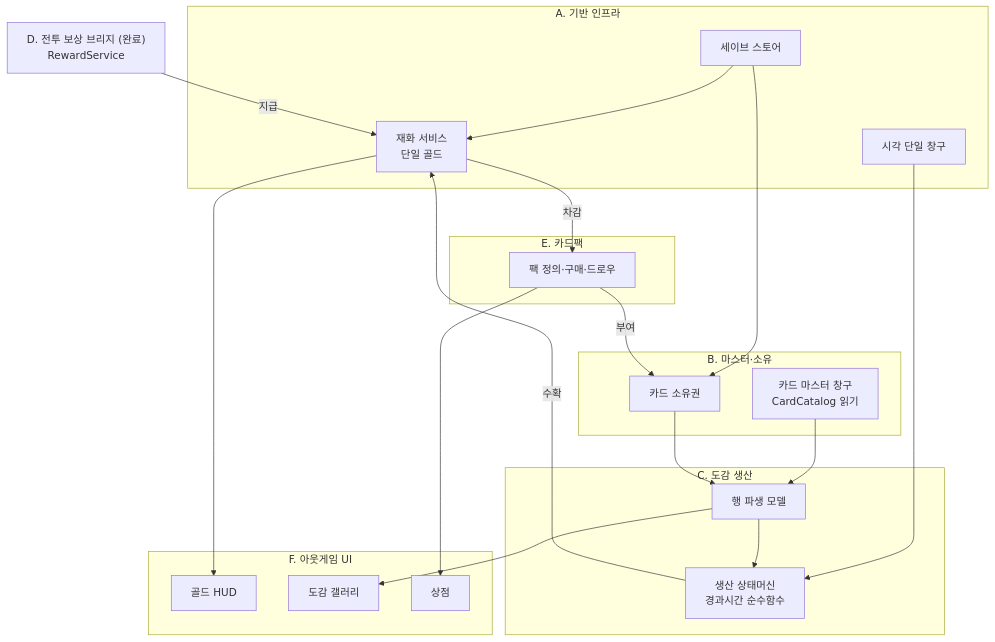
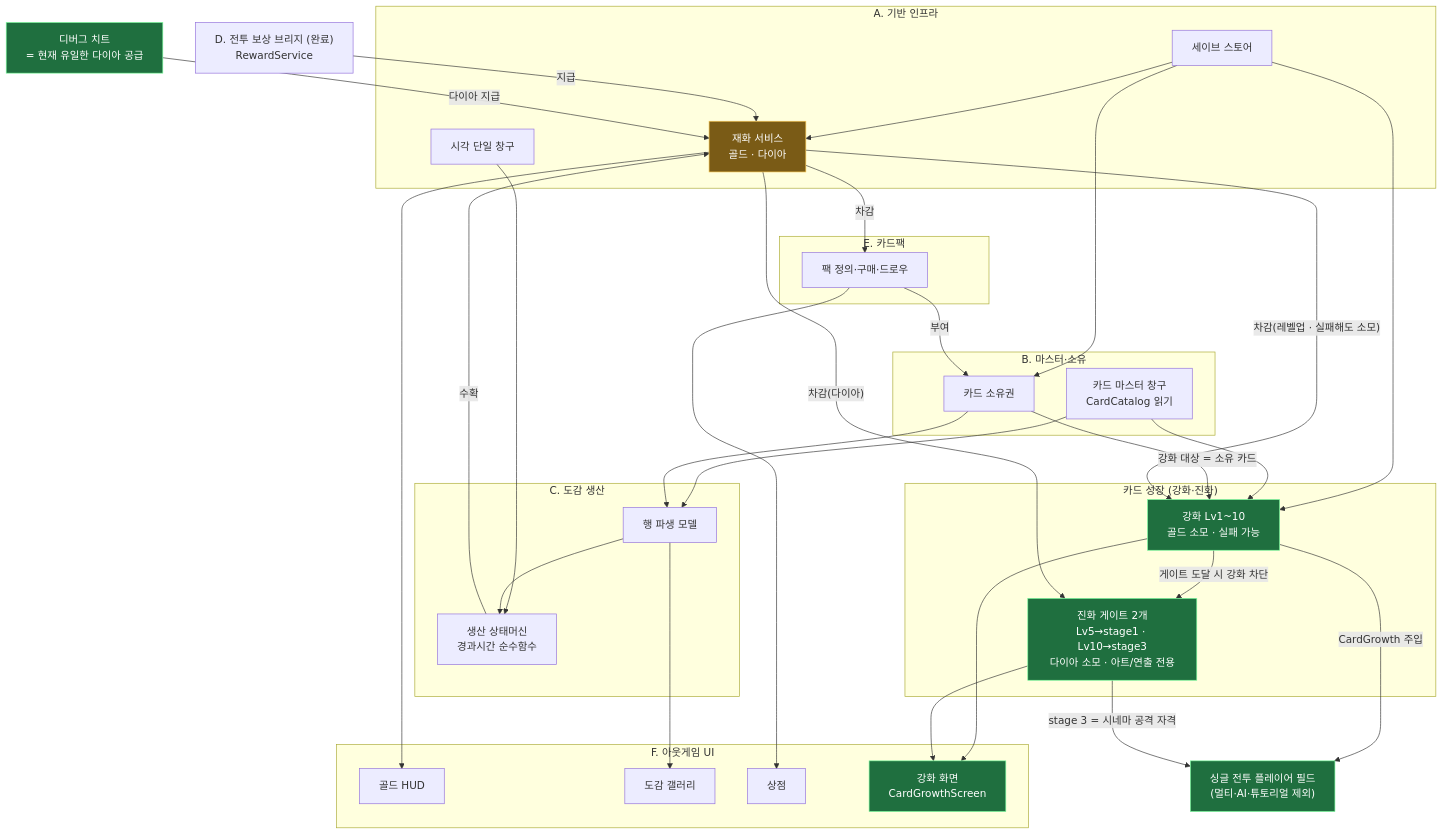
One commit to hspark-maker/TeamfightTCG_Migriation changed the first of 23 diagrams in docs/OutGamePlan/STRUCTURE.md. Above: the diagram before and after it, drawn with Mermaid. The commit also changed other lines of this file and 45 other files, not shown here.

````diff
--- a/docs/OutGamePlan/STRUCTURE.md
+++ b/docs/OutGamePlan/STRUCTURE.md
@@ -62,39 +10,61 @@
 ```mermaid
 flowchart TD
     subgraph GRP_A["A. 기반 인프라"]
         SAVE["세이브 스토어"]
         TIME["시각 단일 창구"]
-        GOLD["재화 서비스<br/>단일 골드"]
+        GOLD["재화 서비스<br/>골드 · 다이아"]:::chg
     end
     subgraph GRP_B["B. 마스터·소유"]
         CAT["카드 마스터 창구<br/>CardCatalog 읽기"]
         OWN["카드 소유권"]
     end
     subgraph GRP_C["C. 도감 생산"]
         ROW["행 파생 모델"]
         PROD["생산 상태머신<br/>경과시간 순수함수"]
     end
     D["D. 전투 보상 브리지 (완료)<br/>RewardService"]
     subgraph GRP_E["E. 카드팩"]
         PACK["팩 정의·구매·드로우"]
     end
+    subgraph GRP_GROW["카드 성장 (강화·진화)"]
+        GRW["강화 Lv1~10<br/>골드 소모 · 실패 가능"]:::new
+        EVO["진화 게이트 2개<br/>Lv5→stage1 · Lv10→stage3<br/>다이아 소모 · 아트/연출 전용"]:::new
+    end
     subgraph GRP_F["F. 아웃게임 UI"]
         HUD["골드 HUD"]
         GAL["도감 갤러리"]
         SHOP["상점"]
+        GRWUI["강화 화면<br/>CardGrowthScreen"]:::new
     end
+    BTL["싱글 전투 플레이어 필드<br/>(멀티·AI·튜토리얼 제외)"]:::new
+    DBG["디버그 치트<br/>= 현재 유일한 다이아 공급"]:::new
 
     SAVE --> GOLD
     SAVE --> OWN
     TIME --> PROD
     CAT --> ROW
     OWN --> ROW
     ROW --> PROD
     PROD -->|수확| GOLD
     D -->|지급| GOLD
     GOLD -->|차감| PACK
     PACK -->|부여| OWN
     GOLD --> HUD
     ROW --> GAL
     PACK --> SHOP
+
+    SAVE --> GRW
+    CAT --> GRW
+    OWN -->|"강화 대상 = 소유 카드"| GRW
+    GOLD -->|"차감(레벨업 · 실패해도 소모)"| GRW
+    GRW -->|"게이트 도달 시 강화 차단"| EVO
+    GOLD -->|"차감(다이아)"| EVO
+    DBG -->|"다이아 지급"| GOLD
+    GRW -->|"CardGrowth 주입"| BTL
+    EVO -->|"stage 3 = 시네마 공격 자격"| BTL
+    GRW --> GRWUI
+    EVO --> GRWUI
+
+    classDef new fill:#1f6f3f,stroke:#7CFC9E,color:#fff;
+    classDef chg fill:#7a5b16,stroke:#f2c14e,color:#fff;
 ```
````
